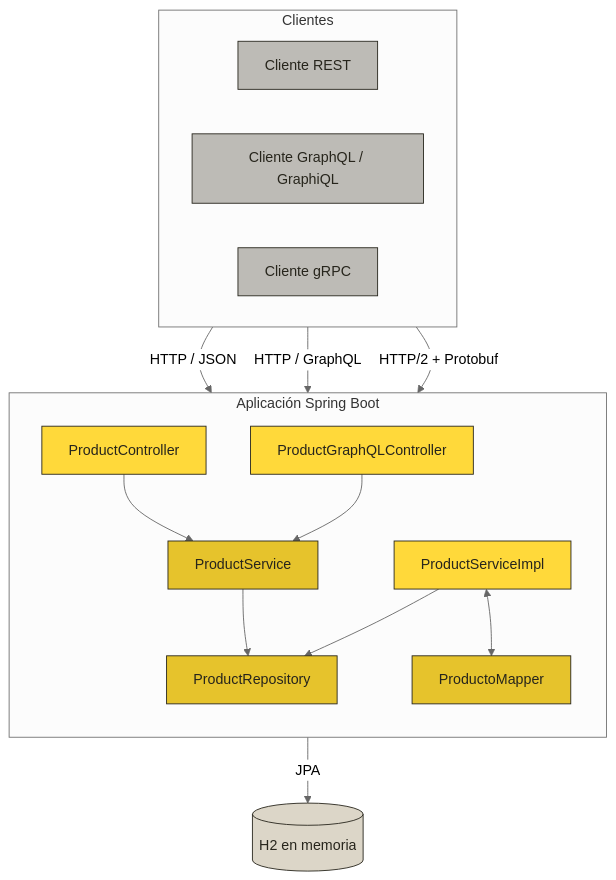
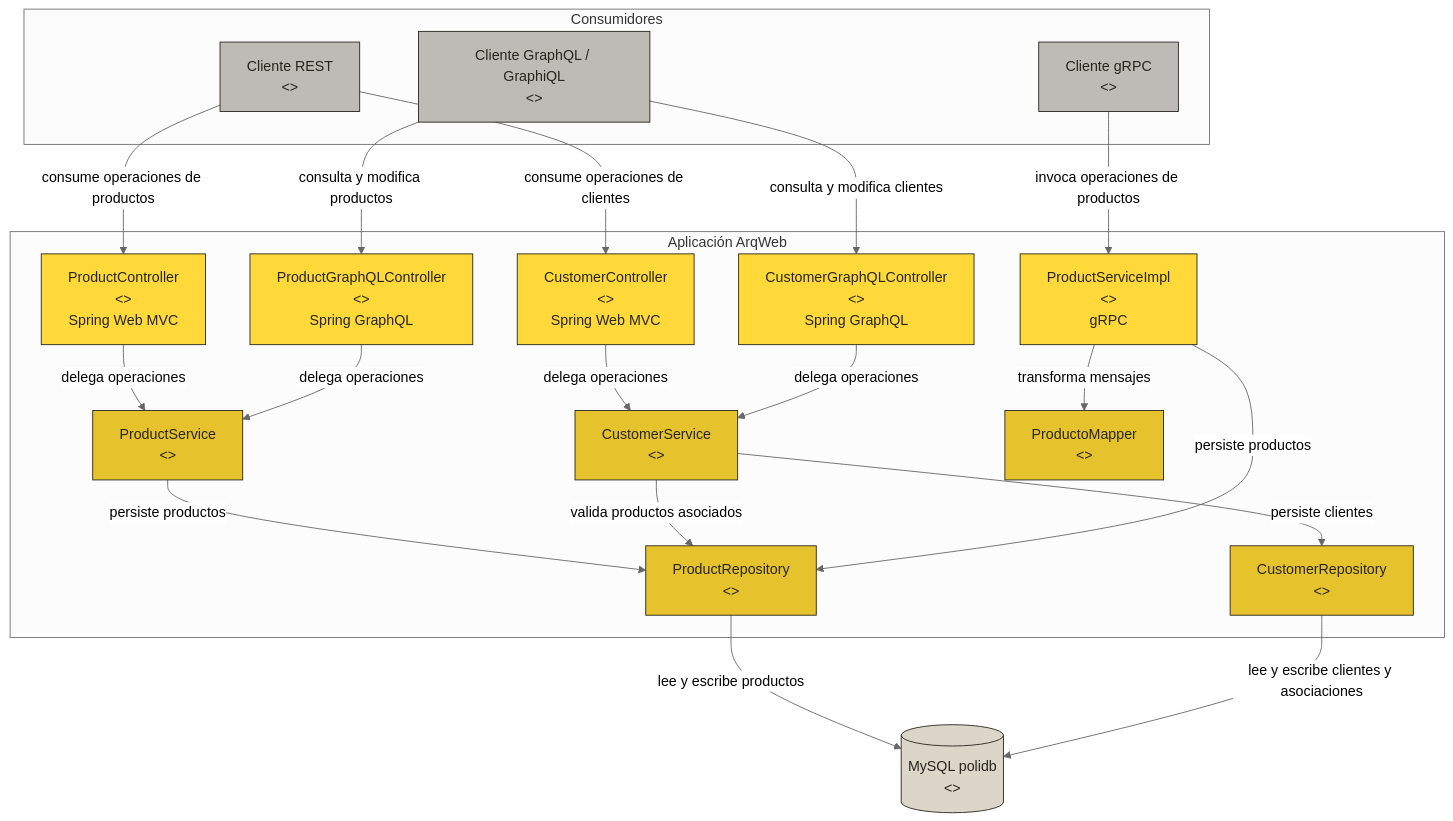
Before and after one commit to RyukGore/arqWebUnidadII: the first of 2 diagrams in README.md, drawn with Mermaid (neutral theme). The commit also changed other lines of this file and 22 other files, not shown here.

Commit message:
agregar clientes y relación con productos

````diff
--- a/README.md
+++ b/README.md
@@ -40,39 +28,54 @@
 ```mermaid
 flowchart TB
-    subgraph Clientes[Clientes]
-        direction LR
-        REST[Cliente REST]
-        GQL[Cliente GraphQL / GraphiQL]
-        GRPC[Cliente gRPC]
+    subgraph Consumers[Consumidores]
+        REST[Cliente REST<br/><<external>>]
+        GQL[Cliente GraphQL / GraphiQL<br/><<external>>]
+        GRPC[Cliente gRPC<br/><<external>>]
     end
 
-    subgraph Aplicacion[Aplicación Spring Boot]
-        direction TB
-        RC[ProductController]
-        GC[ProductGraphQLController]
-        GS[ProductServiceImpl]
-        S[ProductService]
-        M[ProductoMapper]
-        R[ProductRepository]
+    subgraph App[Aplicación ArqWeb]
+        PC[ProductController<br/><<container>><br/>Spring Web MVC]
+        CC[CustomerController<br/><<container>><br/>Spring Web MVC]
+        PGC[ProductGraphQLController<br/><<container>><br/>Spring GraphQL]
+        CGC[CustomerGraphQLController<br/><<container>><br/>Spring GraphQL]
+        GS[ProductServiceImpl<br/><<container>><br/>gRPC]
+        PS[ProductService<br/><<component>>]
+        CS[CustomerService<br/><<component>>]
+        PR[ProductRepository<br/><<component>>]
+        CR[CustomerRepository<br/><<component>>]
+        PM[ProductoMapper<br/><<component>>]
     end
 
-    REST -->|HTTP / JSON| RC
-    GQL -->|HTTP / GraphQL| GC
-    GRPC -->|HTTP/2 + Protobuf| GS
-    RC --> S
-    GC --> S
-    S --> R
-    GS <--> M
-    GS --> R
-    R -->|JPA| DB[(H2 en memoria)]
+    DB[(MySQL polidb<br/><<database>>)]
 
-    classDef client fill:#BDBBB6,stroke:#27251C,color:#27251C
-    classDef api fill:#FFD93A,stroke:#27251C,color:#27251C
+    REST -->|consume operaciones de productos| PC
+    REST -->|consume operaciones de clientes| CC
+    GQL -->|consulta y modifica productos| PGC
+    GQL -->|consulta y modifica clientes| CGC
+    GRPC -->|invoca operaciones de productos| GS
+    PC -->|delega operaciones| PS
+    PGC -->|delega operaciones| PS
+    CC -->|delega operaciones| CS
+    CGC -->|delega operaciones| CS
+    PS -->|persiste productos| PR
+    CS -->|persiste clientes| CR
+    CS -->|valida productos asociados| PR
+    GS -->|transforma mensajes| PM
+    GS -->|persiste productos| PR
+    PR -->|lee y escribe productos| DB
+    CR -->|lee y escribe clientes y asociaciones| DB
+
+    classDef person fill:#BDBBB6,stroke:#27251C,color:#27251C
+    classDef external fill:#BDBBB6,stroke:#27251C,color:#27251C
+    classDef system fill:#FEF012,stroke:#27251C,color:#27251C
+    classDef application fill:#FFD93A,stroke:#27251C,color:#27251C
     classDef component fill:#E6C32C,stroke:#27251C,color:#27251C
+    classDef infrastructure fill:#9B9993,stroke:#27251C,color:#27251C
     classDef database fill:#DCD6C8,stroke:#27251C,color:#27251C
+    classDef middleware fill:#C9C2B3,stroke:#27251C,color:#27251C
 
-    class REST,GQL,GRPC client
-    class RC,GC,GS api
-    class S,M,R component
+    class REST,GQL,GRPC external
+    class PC,CC,PGC,CGC,GS application
+    class PS,CS,PR,CR,PM component
     class DB database
 ```
````
